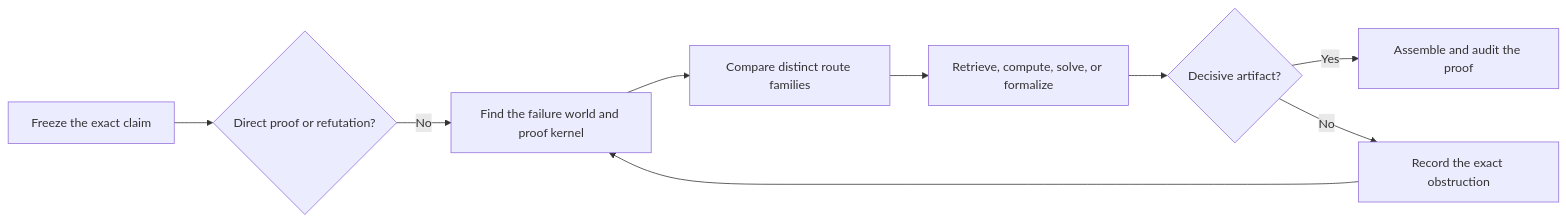
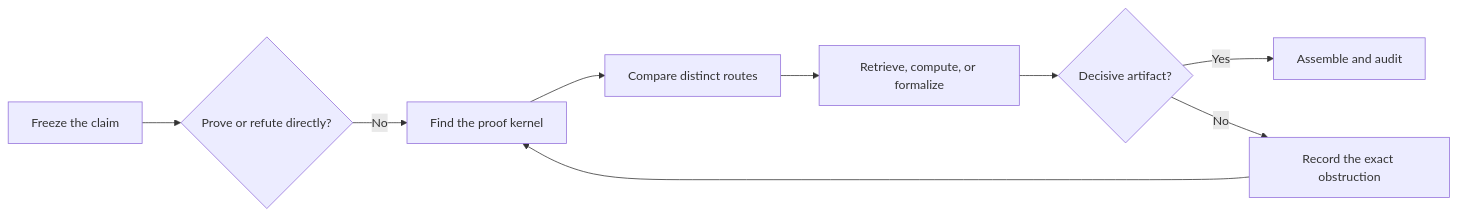
One commit to jmf-enigma/codex-theory-proof-workbench changed the first of 2 diagrams in README.md. Above: the diagram before and after it, drawn with Mermaid. The commit also changed other lines of this file, not shown here.

````diff
--- a/README.md
+++ b/README.md
@@ -88,11 +63,11 @@
 ```mermaid
 flowchart LR
-    A["Freeze the exact claim"] --> B{"Direct proof or refutation?"}
-    B -->|No| C["Find the failure world and proof kernel"]
-    C --> D["Compare distinct route families"]
-    D --> E["Retrieve, compute, solve, or formalize"]
+    A["Freeze the claim"] --> B{"Prove or refute directly?"}
+    B -->|No| C["Find the proof kernel"]
+    C --> D["Compare distinct routes"]
+    D --> E["Retrieve, compute, or formalize"]
     E --> F{"Decisive artifact?"}
-    F -->|Yes| G["Assemble and audit the proof"]
+    F -->|Yes| G["Assemble and audit"]
     F -->|No| H["Record the exact obstruction"]
     H --> C
 ```
````
